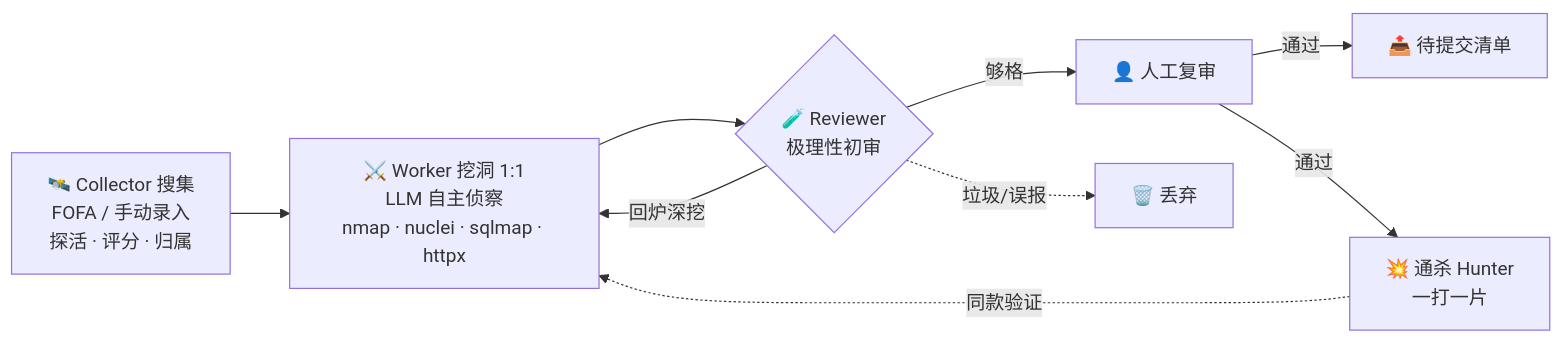
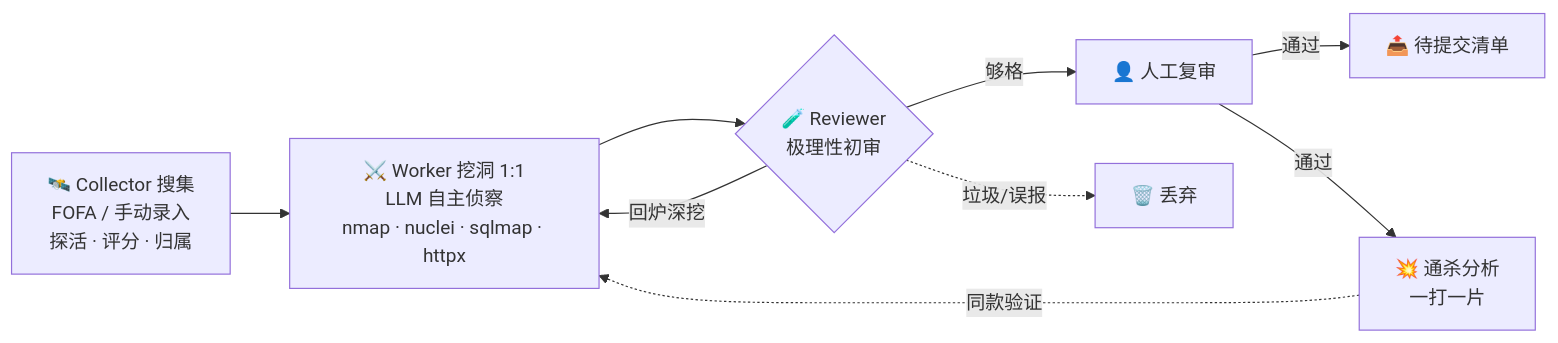
Before and after one commit to Ryougio/AutoHunter: the diagram in README.md, drawn with Mermaid. The commit also changed other lines of this file, not shown here.

````diff
--- a/README.md
+++ b/README.md
@@ -218,11 +218,11 @@
 ```mermaid
 flowchart LR
     C["🛰️ Collector 搜集<br/>FOFA / 手动录入<br/>探活 · 评分 · 归属"] --> W["⚔️ Worker 挖洞 1:1<br/>LLM 自主侦察<br/>nmap · nuclei · sqlmap · httpx"]
     W --> R{"🧪 Reviewer<br/>极理性初审"}
     R -->|够格| H["👤 人工复审"]
     R -->|回炉深挖| W
     R -.->|垃圾/误报| X["🗑️ 丢弃"]
     H -->|通过| S["📤 待提交清单"]
-    H -->|通过| K["💥 通杀 Hunter<br/>一打一片"]
+    H -->|通过| K["💥 通杀分析<br/>一打一片"]
     K -.->|同款验证| W
 ```
````
